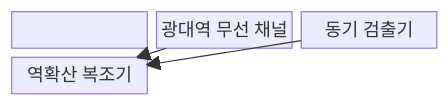
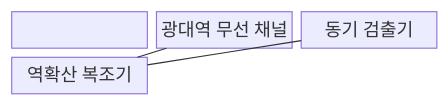
The first of 2 diagrams in src/content/docs/notes/04-network/035_fhss_dsss.md (agnusdei1207/knowledge-base), drawn with Mermaid before and after one commit. The commit also changed other lines of this file and 493 other files, not shown here.

````diff
--- a/src/content/docs/notes/04-network/035_fhss_dsss.md
+++ b/src/content/docs/notes/04-network/035_fhss_dsss.md
@@ -65,7 +65,7 @@
 ```mermaid
-block
+block-beta
     columns 3
-    A["확산 규칙 생성기"] --> B["확산 변조기"] --> C["광대역 무선 채널"]
-    D["동기 검출기"] --> E["역확산 복조기"]
-    C --> E
+    A["확산 규칙 생성기"] --- B["확산 변조기"] --- C["광대역 무선 채널"]
+    D["동기 검출기"] --- E["역확산 복조기"]
+    C --- E
 ```
````
